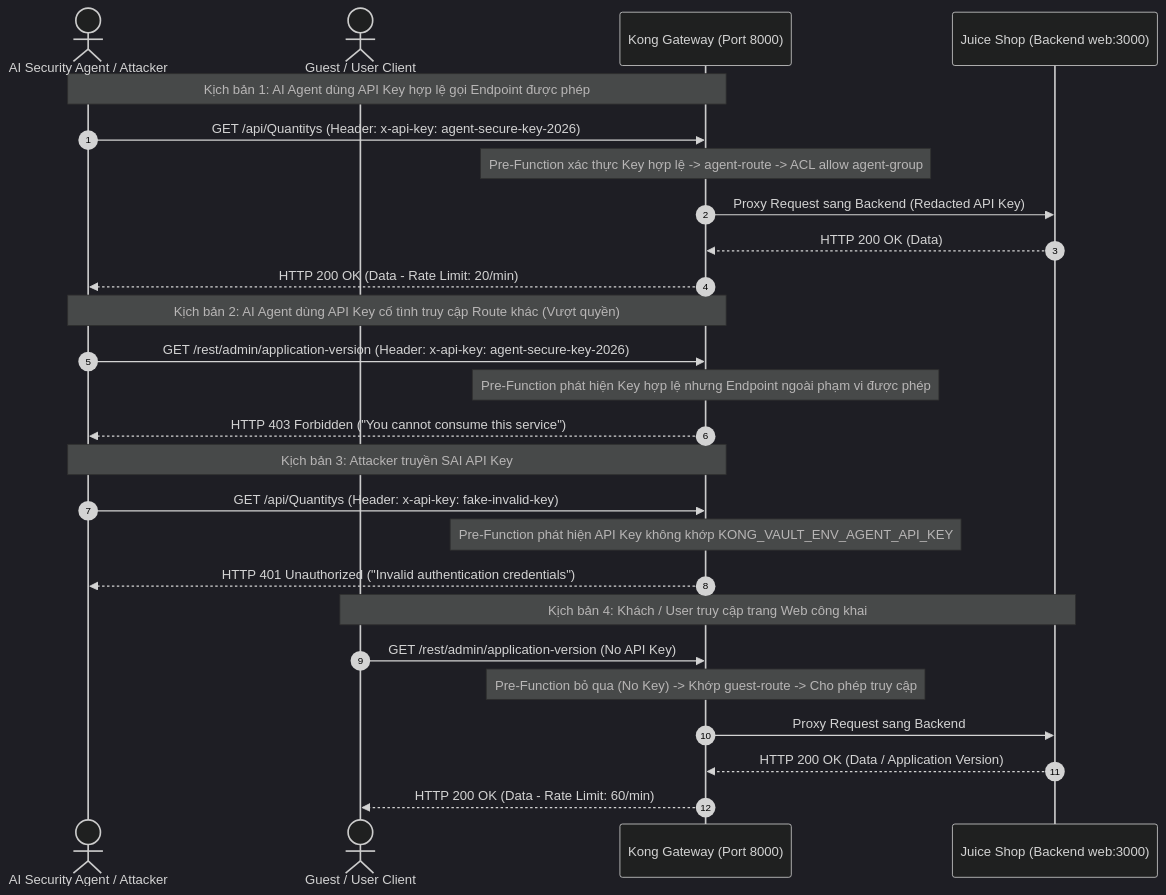
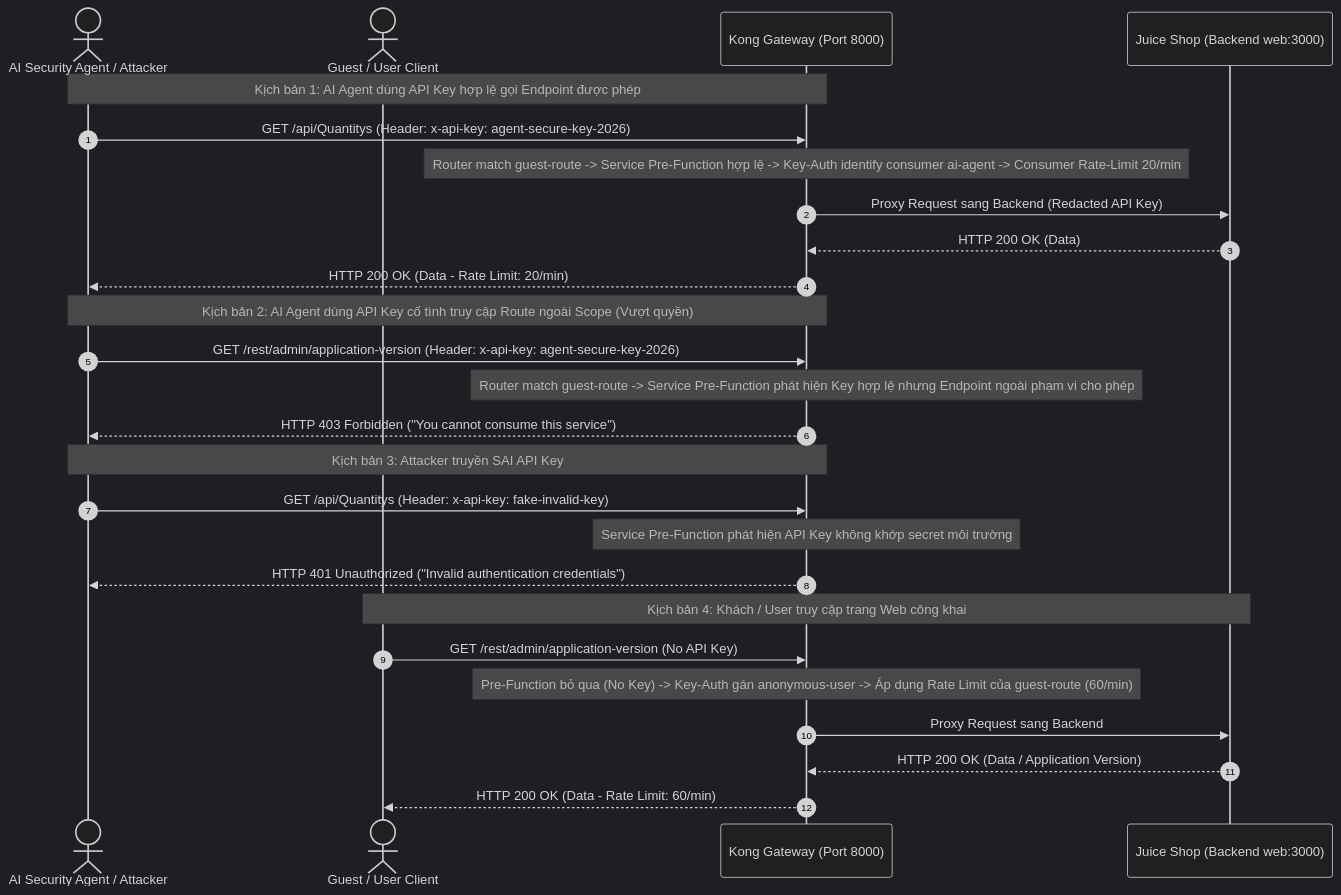
One commit to HuanNT03/SOC_Gateway_for_Juice-shop changed the second of 2 diagrams in docs/reports/week4-report.md. Above: the diagram before and after it, drawn with Mermaid (dark theme). The commit also changed other lines of this file, not shown here.

Commit message:
docs(report): cập nhật sơ đồ kiến trúc & luồng hoạt động tuần 4 theo cấu hình Option B (Service-Level Auth + Consumer-Scoped Rate Limiting)

````diff
--- a/docs/reports/week4-report.md
+++ b/docs/reports/week4-report.md
@@ -44,32 +56,32 @@
 ```mermaid
 sequenceDiagram
     autonumber
     actor Agent as AI Security Agent / Attacker
     actor Client as Guest / User Client
     participant Kong as Kong Gateway (Port 8000)
     participant Juice as Juice Shop (Backend web:3000)
 
     Note over Agent, Kong: Kịch bản 1: AI Agent dùng API Key hợp lệ gọi Endpoint được phép
     Agent->>Kong: GET /api/Quantitys (Header: x-api-key: agent-secure-key-2026)
-    Note over Kong: Pre-Function xác thực Key hợp lệ -> agent-route -> ACL allow agent-group
+    Note over Kong: Router match guest-route -> Service Pre-Function hợp lệ -> Key-Auth identify consumer ai-agent -> Consumer Rate-Limit 20/min
     Kong->>Juice: Proxy Request sang Backend (Redacted API Key)
     Juice-->>Kong: HTTP 200 OK (Data)
     Kong-->>Agent: HTTP 200 OK (Data - Rate Limit: 20/min)
 
-    Note over Agent, Kong: Kịch bản 2: AI Agent dùng API Key cố tình truy cập Route khác (Vượt quyền)
+    Note over Agent, Kong: Kịch bản 2: AI Agent dùng API Key cố tình truy cập Route ngoài Scope (Vượt quyền)
     Agent->>Kong: GET /rest/admin/application-version (Header: x-api-key: agent-secure-key-2026)
-    Note over Kong: Pre-Function phát hiện Key hợp lệ nhưng Endpoint ngoài phạm vi được phép
+    Note over Kong: Router match guest-route -> Service Pre-Function phát hiện Key hợp lệ nhưng Endpoint ngoài phạm vi cho phép
     Kong-->>Agent: HTTP 403 Forbidden ("You cannot consume this service")
 
     Note over Agent, Kong: Kịch bản 3: Attacker truyền SAI API Key
     Agent->>Kong: GET /api/Quantitys (Header: x-api-key: fake-invalid-key)
-    Note over Kong: Pre-Function phát hiện API Key không khớp KONG_VAULT_ENV_AGENT_API_KEY
+    Note over Kong: Service Pre-Function phát hiện API Key không khớp secret môi trường
     Kong-->>Agent: HTTP 401 Unauthorized ("Invalid authentication credentials")
 
     Note over Client, Juice: Kịch bản 4: Khách / User truy cập trang Web công khai
     Client->>Kong: GET /rest/admin/application-version (No API Key)
-    Note over Kong: Pre-Function bỏ qua (No Key) -> Khớp guest-route -> Cho phép truy cập
+    Note over Kong: Pre-Function bỏ qua (No Key) -> Key-Auth gán anonymous-user -> Áp dụng Rate Limit của guest-route (60/min)
     Kong->>Juice: Proxy Request sang Backend
     Juice-->>Kong: HTTP 200 OK (Data / Application Version)
     Kong-->>Client: HTTP 200 OK (Data - Rate Limit: 60/min)
 ```
````
